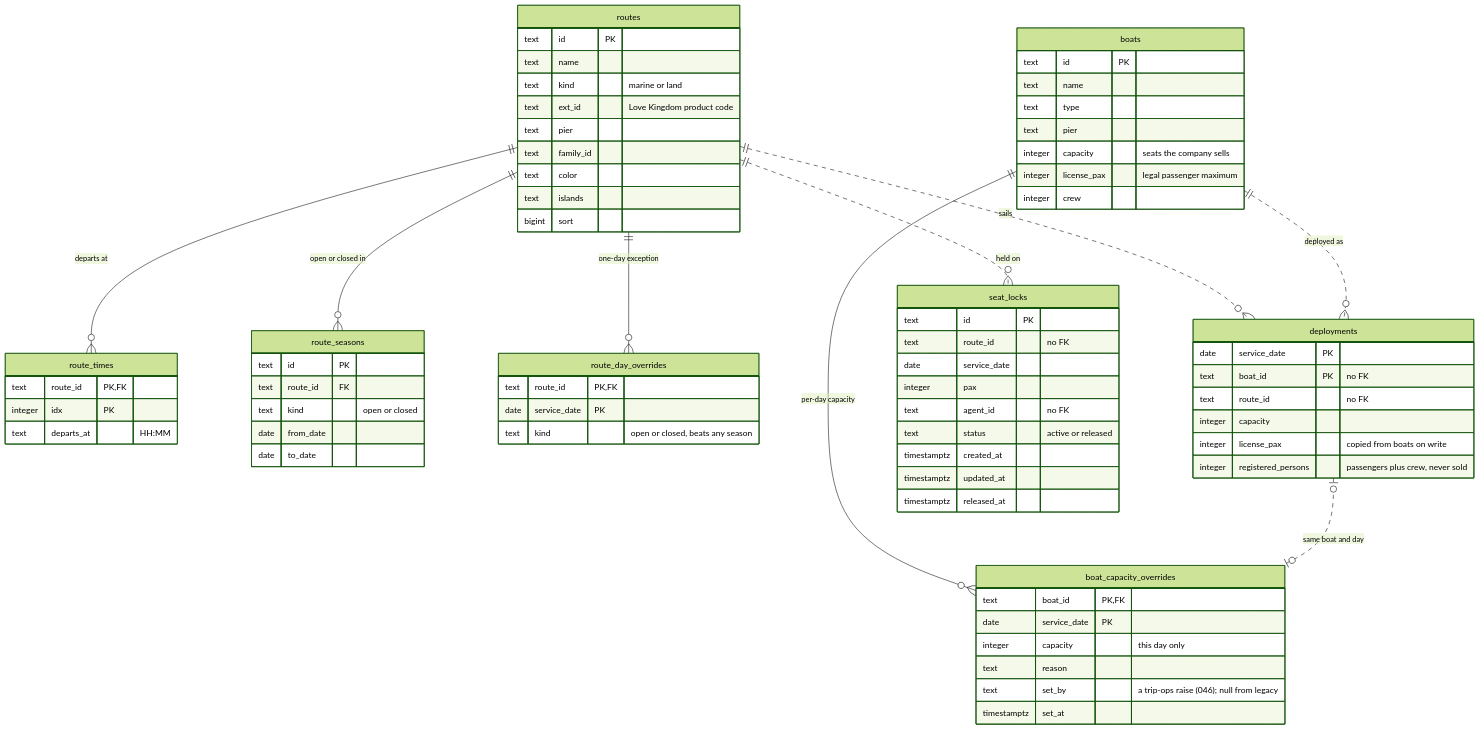
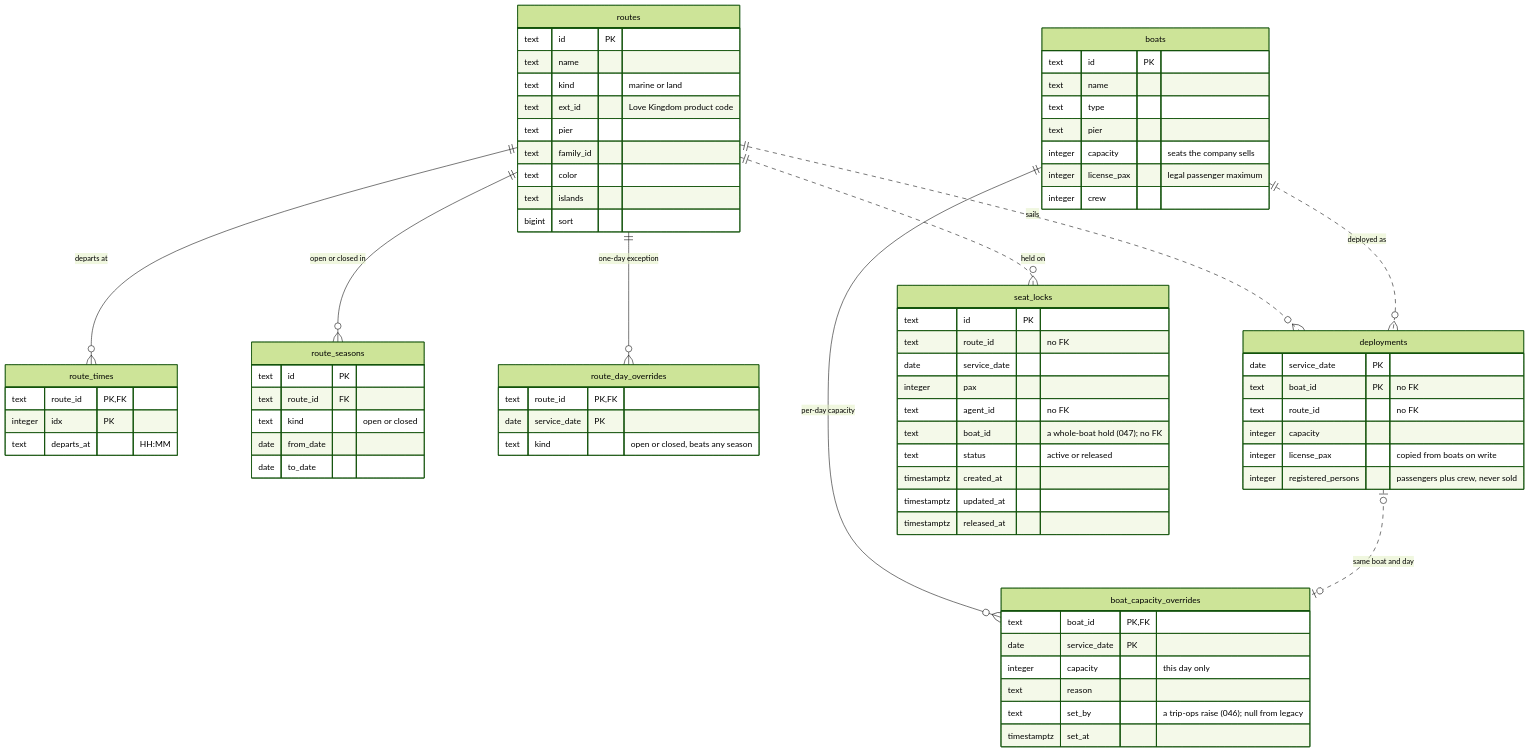
The second of 8 diagrams in docs/schema.md (TheTaTha5/operation_backend), drawn with Mermaid (forest theme) before and after one commit. The commit also changed other lines of this file and 11 other files, not shown here.

First line of the commit message:
feat: a whole-boat hold takes its boat, as a charter does

````diff
--- a/docs/schema.md
+++ b/docs/schema.md
@@ -60,76 +60,77 @@
 ```mermaid
 erDiagram
   routes {
     text id PK
     text name
     text kind "marine or land"
     text ext_id "Love Kingdom product code"
     text pier
     text family_id
     text color
     text islands
     bigint sort
   }
   route_times {
     text route_id PK, FK
     integer idx PK
     text departs_at "HH:MM"
   }
   route_seasons {
     text id PK
     text route_id FK
     text kind "open or closed"
     date from_date
     date to_date
   }
   route_day_overrides {
     text route_id PK, FK
     date service_date PK
     text kind "open or closed, beats any season"
   }
   boats {
     text id PK
     text name
     text type
     text pier
     integer capacity "seats the company sells"
     integer license_pax "legal passenger maximum"
     integer crew
   }
   boat_capacity_overrides {
     text boat_id PK, FK
     date service_date PK
     integer capacity "this day only"
     text reason
     text set_by "a trip-ops raise (046); null from legacy"
     timestamptz set_at
   }
   deployments {
     date service_date PK
     text boat_id PK "no FK"
     text route_id "no FK"
     integer capacity
     integer license_pax "copied from boats on write"
     integer registered_persons "passengers plus crew, never sold"
   }
   seat_locks {
     text id PK
     text route_id "no FK"
     date service_date
     integer pax
     text agent_id "no FK"
+    text boat_id "a whole-boat hold (047); no FK"
     text status "active or released"
     timestamptz created_at
     timestamptz updated_at
     timestamptz released_at
   }
 
   routes ||--o{ route_times : "departs at"
   routes ||--o{ route_seasons : "open or closed in"
   routes ||--o{ route_day_overrides : "one-day exception"
   boats ||--o{ boat_capacity_overrides : "per-day capacity"
   routes ||..o{ deployments : "sails"
   boats ||..o{ deployments : "deployed as"
   deployments |o..o| boat_capacity_overrides : "same boat and day"
   routes ||..o{ seat_locks : "held on"
 ```
````
